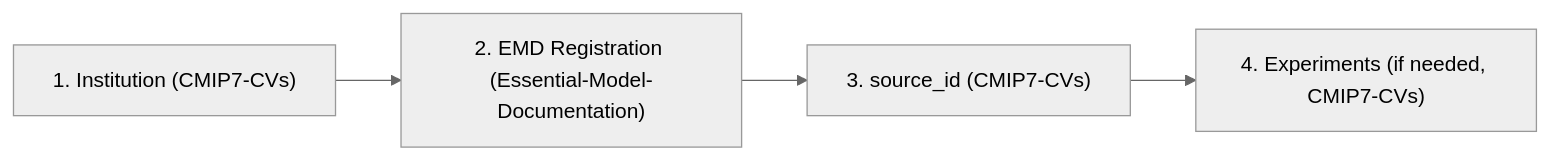
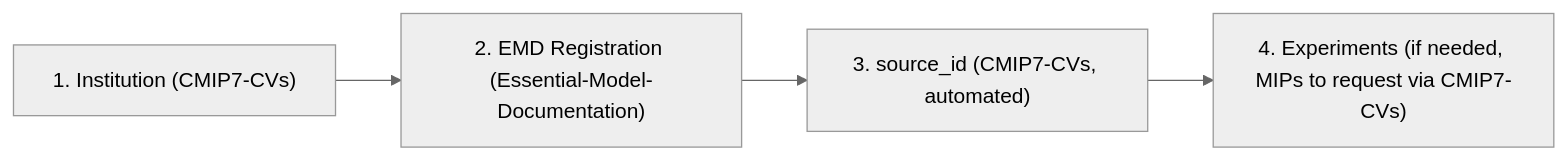
The second of 2 diagrams in docs/CMIP7/cv_registration.md (WCRP-CMIP/cmip7-guidance), drawn with Mermaid (neutral theme) before and after one commit. The commit also changed other lines of this file, not shown here.

````diff
--- a/docs/CMIP7/cv_registration.md
+++ b/docs/CMIP7/cv_registration.md
@@ -140,6 +152,6 @@
 ```mermaid
 flowchart LR
     A["1. Institution (CMIP7-CVs)"] --> B["2. EMD Registration (Essential-Model-Documentation)"]
-    B --> C["3. source_id (CMIP7-CVs)"]
-    C --> D["4. Experiments (if needed, CMIP7-CVs)"]
+    B --> C["3. source_id (CMIP7-CVs, automated)"]
+    C --> D["4. Experiments (if needed, MIPs to request via CMIP7-CVs)"]
 ```
````
